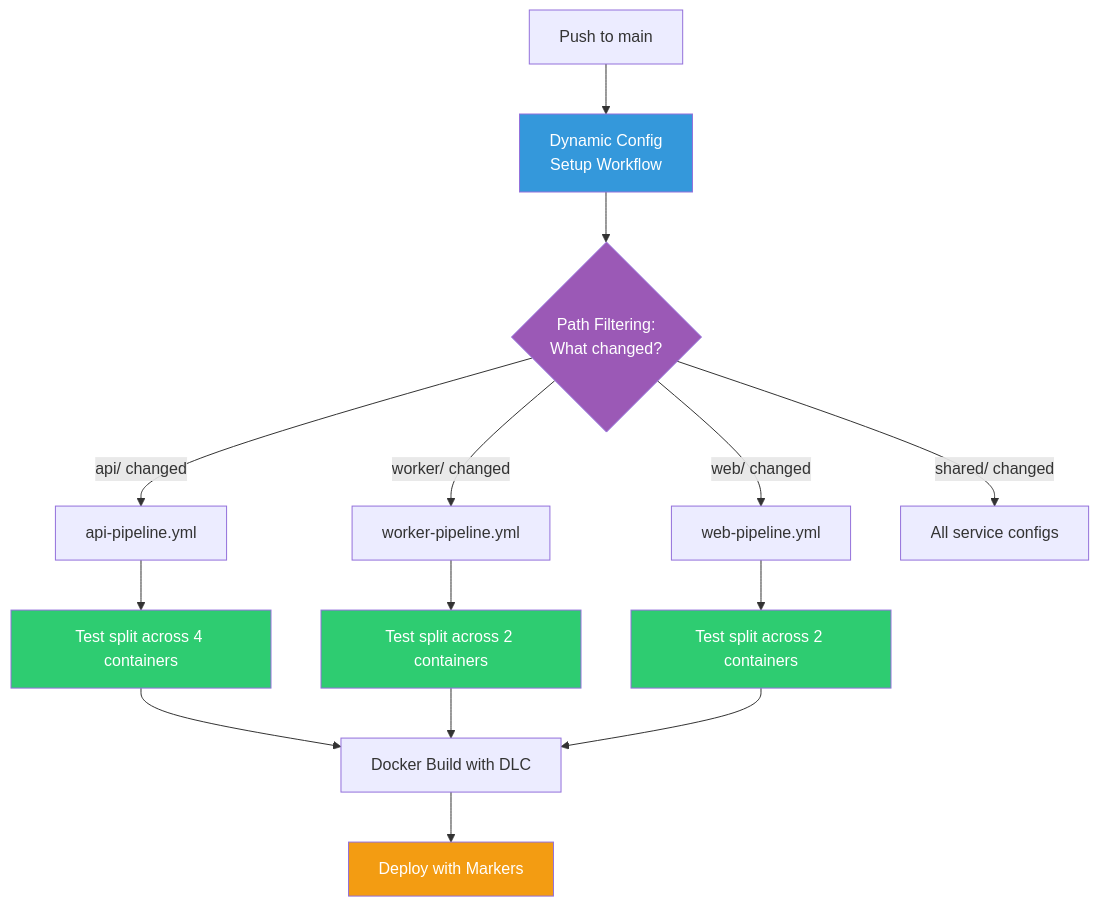
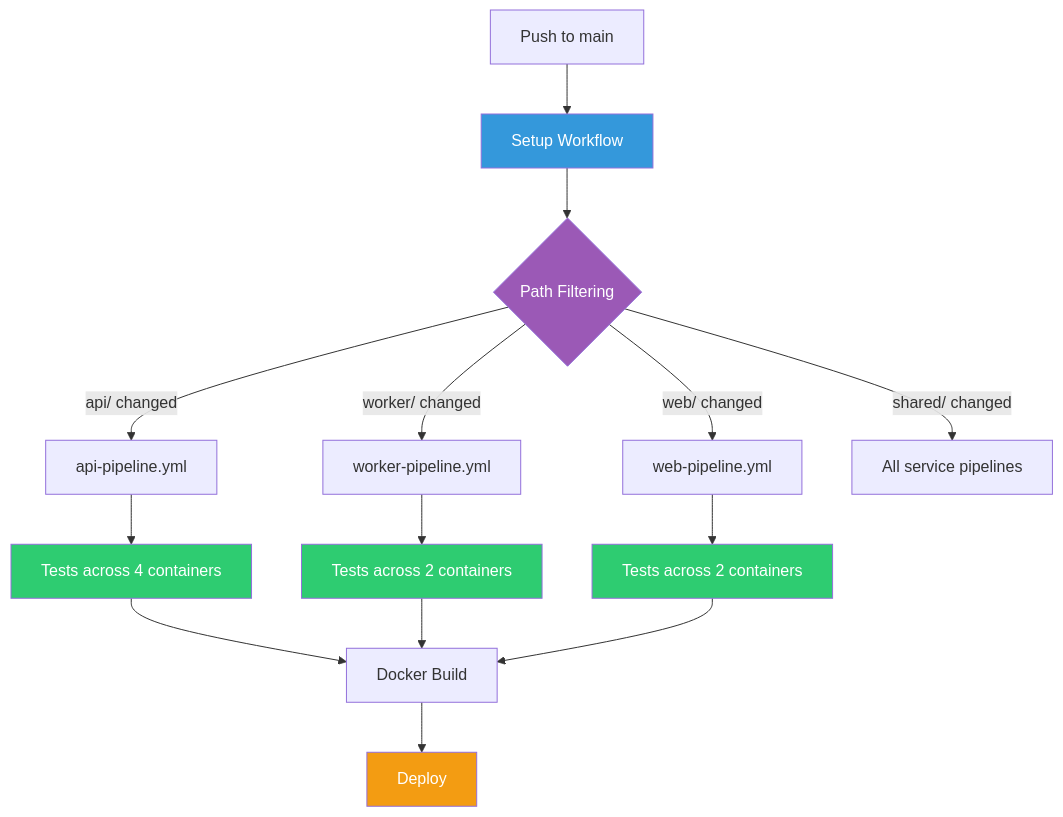
One commit to circleci-bcbs/circleci-demo-platform changed the diagram in README.md. Above: the diagram before and after it, drawn with Mermaid. The commit also changed other lines of this file and 1 other file, not shown here.

````diff
--- a/README.md
+++ b/README.md
@@ -40,26 +40,26 @@
 ```mermaid
 flowchart TD
-    A[Push to main] --> B[Dynamic Config<br/>Setup Workflow]
-    B --> C{Path Filtering:<br/>What changed?}
+    A[Push to main] --> B[Setup Workflow]
+    B --> C{Path Filtering}
 
     C -->|api/ changed| D[api-pipeline.yml]
     C -->|worker/ changed| E[worker-pipeline.yml]
     C -->|web/ changed| F[web-pipeline.yml]
-    C -->|shared/ changed| G[All service configs]
+    C -->|shared/ changed| G[All service pipelines]
 
-    D --> H[Test split across 4 containers]
-    E --> I[Test split across 2 containers]
-    F --> J[Test split across 2 containers]
+    D --> H[Tests across 4 containers]
+    E --> I[Tests across 2 containers]
+    F --> J[Tests across 2 containers]
 
-    H --> K[Docker Build with DLC]
+    H --> K[Docker Build]
     I --> K
     J --> K
-    K --> L[Deploy with Markers]
+    K --> L[Deploy]
 
     style B fill:#3498db,color:#fff
     style C fill:#9b59b6,color:#fff
     style H fill:#2ecc71,color:#fff
     style I fill:#2ecc71,color:#fff
     style J fill:#2ecc71,color:#fff
     style L fill:#f39c12,color:#fff
 ```
````
